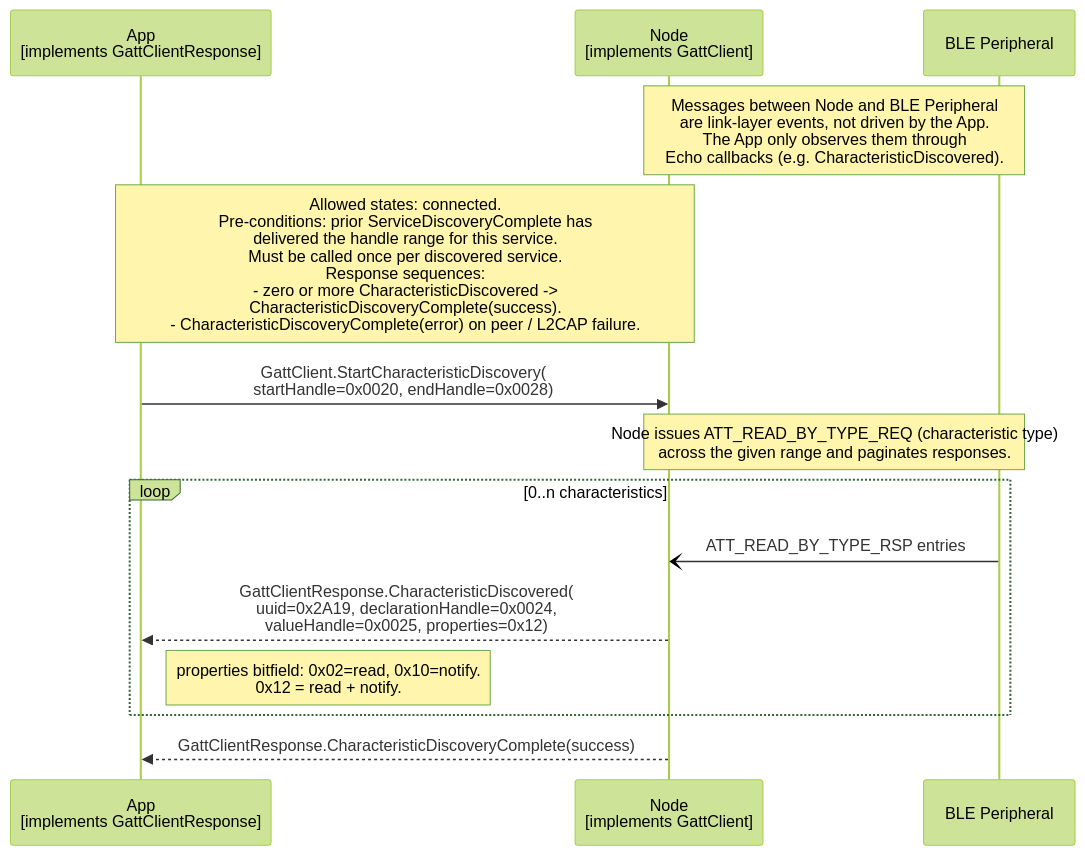
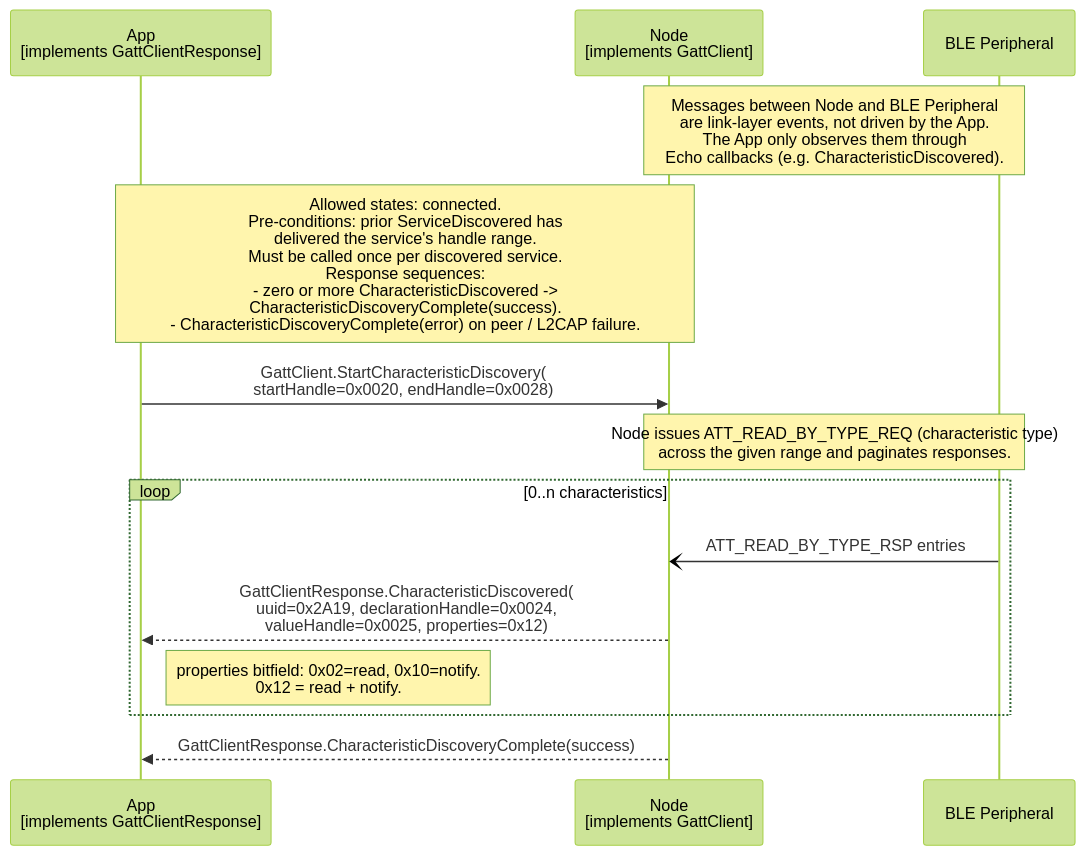
The diagram in documents/modules/ROOT/partials/echoservices/gatt_client/GattClient_StartCharacteristicDiscovery_sequence.mmd (philips-software/amp-embedded-infra-lib), drawn with Mermaid (forest theme) before and after one commit. The commit also changed 3 other files, not shown here.

Commit message:
align uml diagrams with updated gatt proto

```diff
--- a/documents/modules/ROOT/partials/echoservices/gatt_client/GattClient_StartCharacteristicDiscovery_sequence.mmd
+++ b/documents/modules/ROOT/partials/echoservices/gatt_client/GattClient_StartCharacteristicDiscovery_sequence.mmd
@@ -1,16 +1,16 @@
 sequenceDiagram
     participant App as App<br>[implements GattClientResponse]
     participant Node as Node<br>[implements GattClient]
     participant Peripheral as BLE Peripheral
 
     Note over Node, Peripheral: Messages between Node and BLE Peripheral<br>are link-layer events, not driven by the App.<br>The App only observes them through<br>Echo callbacks (e.g. CharacteristicDiscovered).
-    Note over App, Node: Allowed states: connected.<br>Pre-conditions: prior ServiceDiscoveryComplete has<br>delivered the handle range for this service.<br>Must be called once per discovered service.<br>Response sequences:<br>- zero or more CharacteristicDiscovered -><br>  CharacteristicDiscoveryComplete(success).<br>- CharacteristicDiscoveryComplete(error) on peer / L2CAP failure.
+    Note over App, Node: Allowed states: connected.<br>Pre-conditions: prior ServiceDiscovered has<br>delivered the service's handle range.<br>Must be called once per discovered service.<br>Response sequences:<br>- zero or more CharacteristicDiscovered -><br>  CharacteristicDiscoveryComplete(success).<br>- CharacteristicDiscoveryComplete(error) on peer / L2CAP failure.
 
     App->>Node: GattClient.StartCharacteristicDiscovery(<br>startHandle=0x0020, endHandle=0x0028)
     Note over Node, Peripheral: Node issues ATT_READ_BY_TYPE_REQ (characteristic type)<br>across the given range and paginates responses.
     loop 0..n characteristics
         Peripheral-)Node: ATT_READ_BY_TYPE_RSP entries
         Node-->>App: GattClientResponse.CharacteristicDiscovered(<br>uuid=0x2A19, declarationHandle=0x0024,<br>valueHandle=0x0025, properties=0x12)
         Note right of App: properties bitfield: 0x02=read, 0x10=notify.<br>0x12 = read + notify.
     end
     Node-->>App: GattClientResponse.CharacteristicDiscoveryComplete(success)
```
